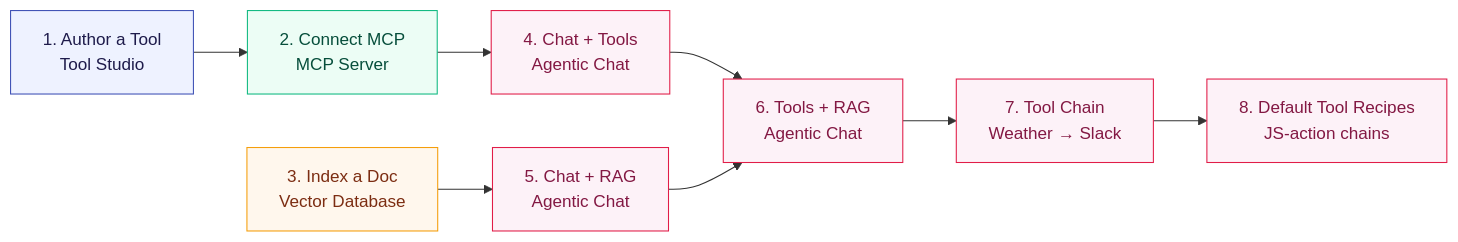
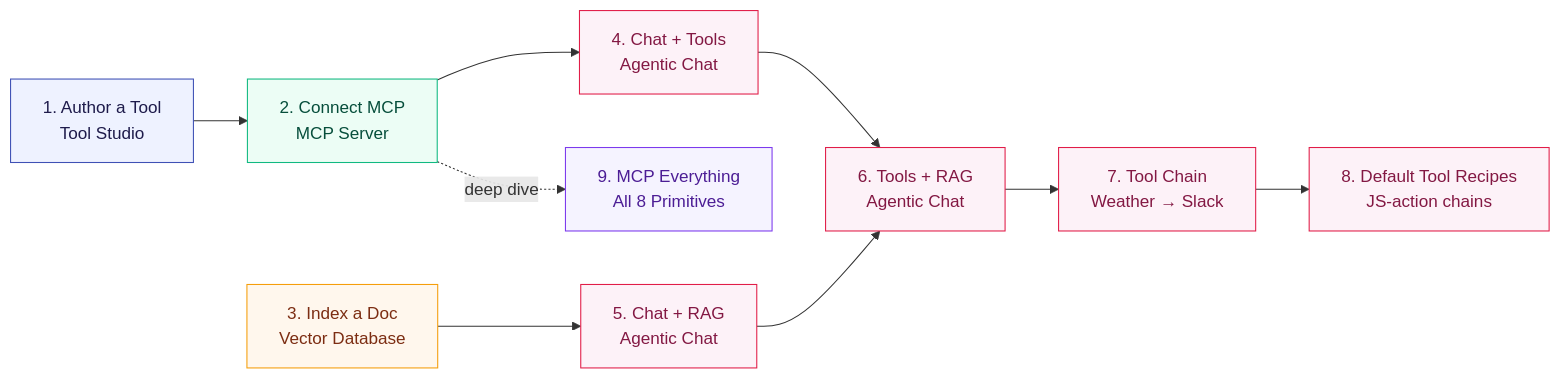
Before and after one commit to JM-Lab/spring-ai-playground: the diagram in docs/tutorials/index.md, drawn with Mermaid. The commit also changed other lines of this file and 254 other files, not shown here.

````diff
--- a/docs/tutorials/index.md
+++ b/docs/tutorials/index.md
@@ -11,26 +11,30 @@
 ```mermaid
 flowchart LR
   T1["1. Author a Tool<br/>Tool Studio"]
   T2["2. Connect MCP<br/>MCP Server"]
   T3["3. Index a Doc<br/>Vector Database"]
   T4["4. Chat + Tools<br/>Agentic Chat"]
   T5["5. Chat + RAG<br/>Agentic Chat"]
   T6["6. Tools + RAG<br/>Agentic Chat"]
   T7["7. Tool Chain<br/>Weather → Slack"]
   T8["8. Default Tool Recipes<br/>JS-action chains"]
+  T9["9. MCP Everything<br/>All 8 Primitives"]
   T1 --> T2
   T2 --> T4
   T3 --> T5
   T4 --> T6
   T5 --> T6
   T6 --> T7
   T7 --> T8
+  T2 -. deep dive .-> T9
   classDef build fill:#eef2ff,stroke:#3F51B5,color:#1e1b4b
   classDef validate fill:#ecfdf5,stroke:#10b981,color:#064e3b
   classDef ground fill:#fff7ed,stroke:#f59e0b,color:#7c2d12
   classDef compose fill:#fdf2f8,stroke:#e11d48,color:#831843
+  classDef bonus fill:#f5f3ff,stroke:#7c3aed,color:#4c1d95
   class T1 build
   class T2 validate
   class T3 ground
   class T4,T5,T6,T7,T8 compose
+  class T9 bonus
 ```
````
